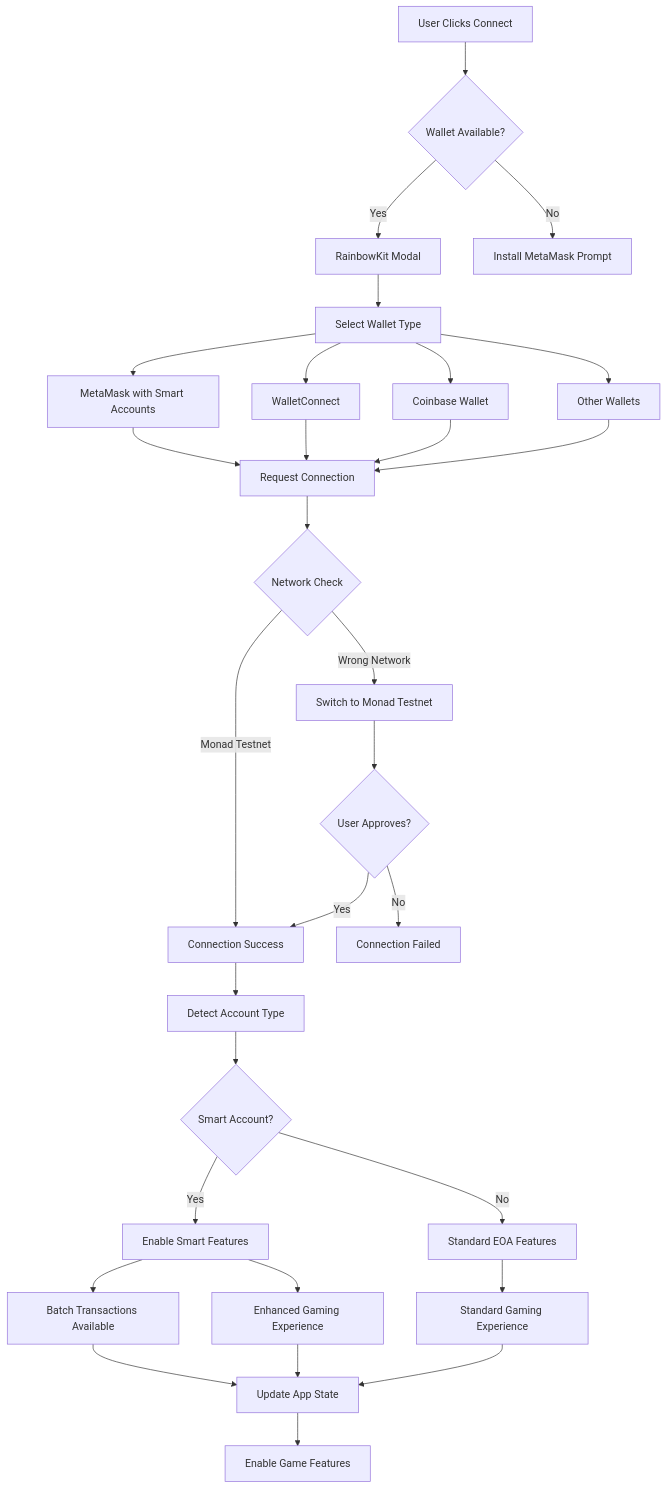
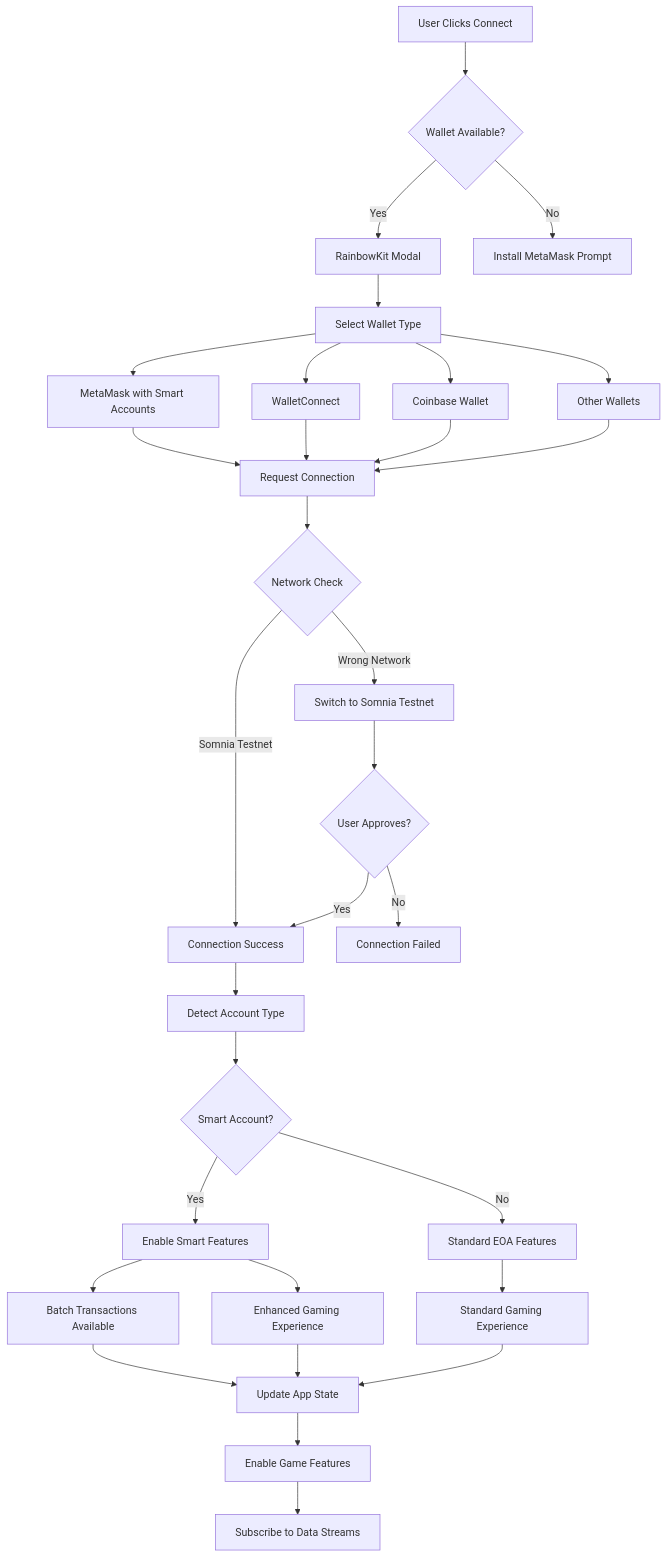
One commit to AmaanSayyad/APT-Casino-Somnia changed the third of 24 diagrams in MERMAID_DIAGRAMS.md. Above: the diagram before and after it, drawn with Mermaid. The commit also changed other lines of this file and 6 other files, not shown here.

Commit message:
diagrams and wd

````diff
--- a/MERMAID_DIAGRAMS.md
+++ b/MERMAID_DIAGRAMS.md
@@ -81,39 +97,40 @@
 ```mermaid
 flowchart TD
     A[User Clicks Connect] --> B{Wallet Available?}
     B -->|Yes| C[RainbowKit Modal]
     B -->|No| D[Install MetaMask Prompt]
     
     C --> E[Select Wallet Type]
     E --> F[MetaMask with Smart Accounts]
     E --> G[WalletConnect]
     E --> H[Coinbase Wallet]
     E --> I[Other Wallets]
     
     F --> K[Request Connection]
     G --> K
     H --> K
     I --> K
     
     K --> L{Network Check}
-    L -->|Monad Testnet| M[Connection Success]
-    L -->|Wrong Network| N[Switch to Monad Testnet]
+    L -->|Somnia Testnet| M[Connection Success]
+    L -->|Wrong Network| N[Switch to Somnia Testnet]
     
     N --> O{User Approves?}
     O -->|Yes| M
     O -->|No| P[Connection Failed]
     
     M --> Q[Detect Account Type]
     Q --> R{Smart Account?}
     R -->|Yes| S[Enable Smart Features]
     R -->|No| T[Standard EOA Features]
     
     S --> U[Batch Transactions Available]
     S --> V[Enhanced Gaming Experience]
     T --> W[Standard Gaming Experience]
     
     U --> X[Update App State]
     V --> X
     W --> X
     X --> Y[Enable Game Features]
+    Y --> Z[Subscribe to Data Streams]
 ```
````
